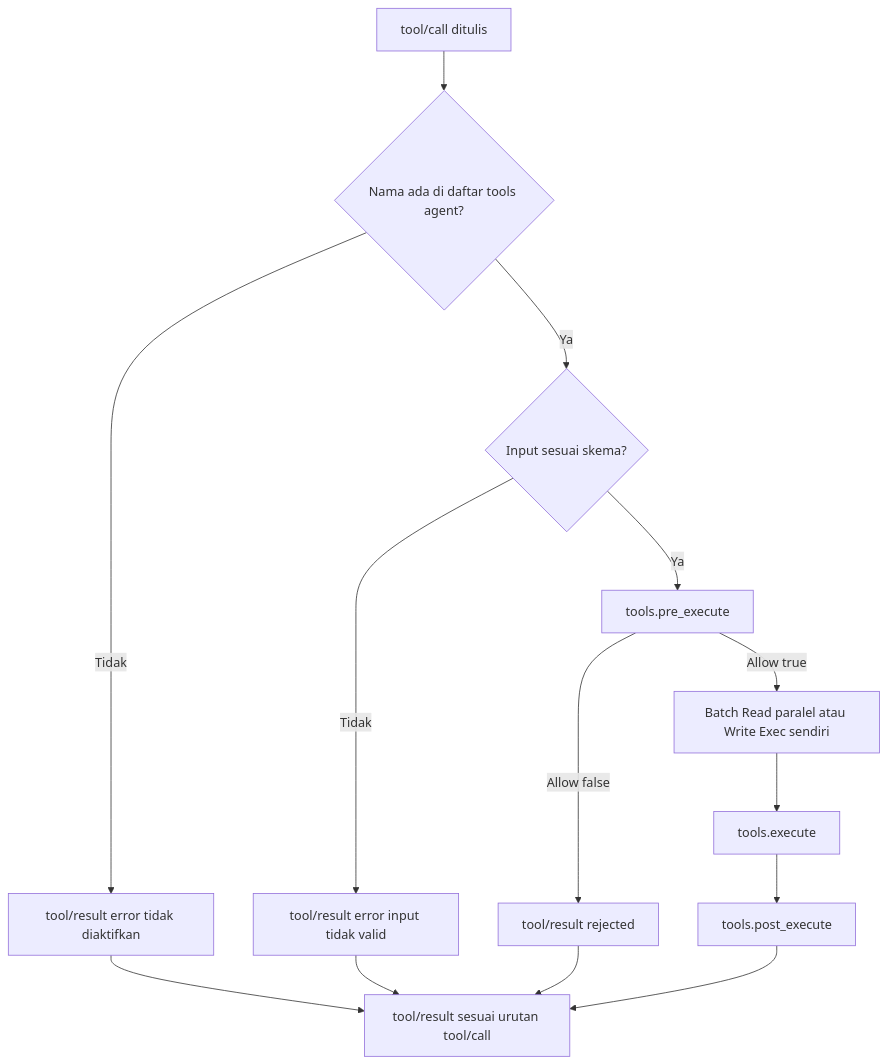
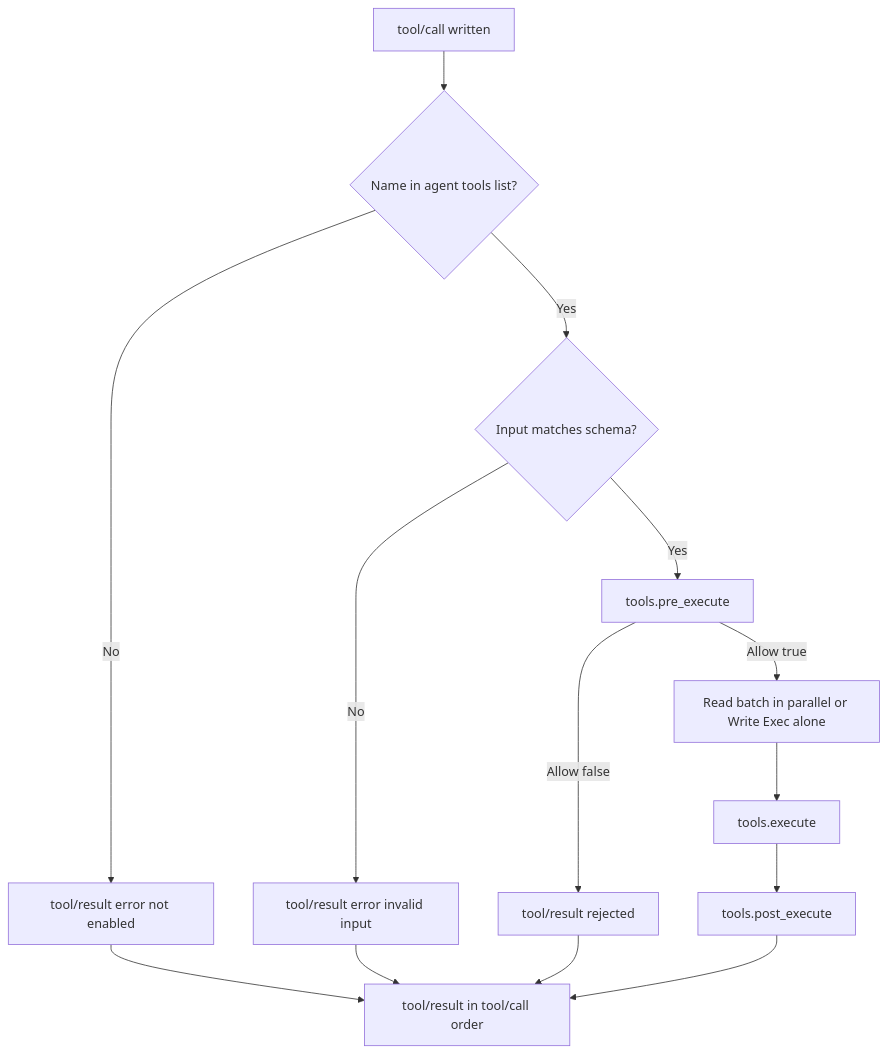
Before and after one commit to ridhomujizat/lana-harness: the fourth of 5 diagrams in docs/specs/3-agent-loop/design.md, drawn with Mermaid. The commit also changed other lines of this file and 172 other files, not shown here.

````diff
--- a/docs/specs/3-agent-loop/design.md
+++ b/docs/specs/3-agent-loop/design.md
@@ -268,16 +268,16 @@
 ```mermaid
 flowchart TD
-  A["tool/call ditulis"] --> B{"Nama ada di daftar tools agent?"}
-  B -- "Tidak" --> E1["tool/result error tidak diaktifkan"]
-  B -- "Ya" --> C{"Input sesuai skema?"}
-  C -- "Tidak" --> E2["tool/result error input tidak valid"]
-  C -- "Ya" --> D["tools.pre_execute"]
+  A["tool/call written"] --> B{"Name in agent tools list?"}
+  B -- "No" --> E1["tool/result error not enabled"]
+  B -- "Yes" --> C{"Input matches schema?"}
+  C -- "No" --> E2["tool/result error invalid input"]
+  C -- "Yes" --> D["tools.pre_execute"]
   D -- "Allow false" --> E3["tool/result rejected"]
-  D -- "Allow true" --> E["Batch Read paralel atau Write Exec sendiri"]
+  D -- "Allow true" --> E["Read batch in parallel or Write Exec alone"]
   E --> F["tools.execute"]
   F --> G["tools.post_execute"]
-  G --> H["tool/result sesuai urutan tool/call"]
+  G --> H["tool/result in tool/call order"]
   E1 --> H
   E2 --> H
   E3 --> H
 ```
````
